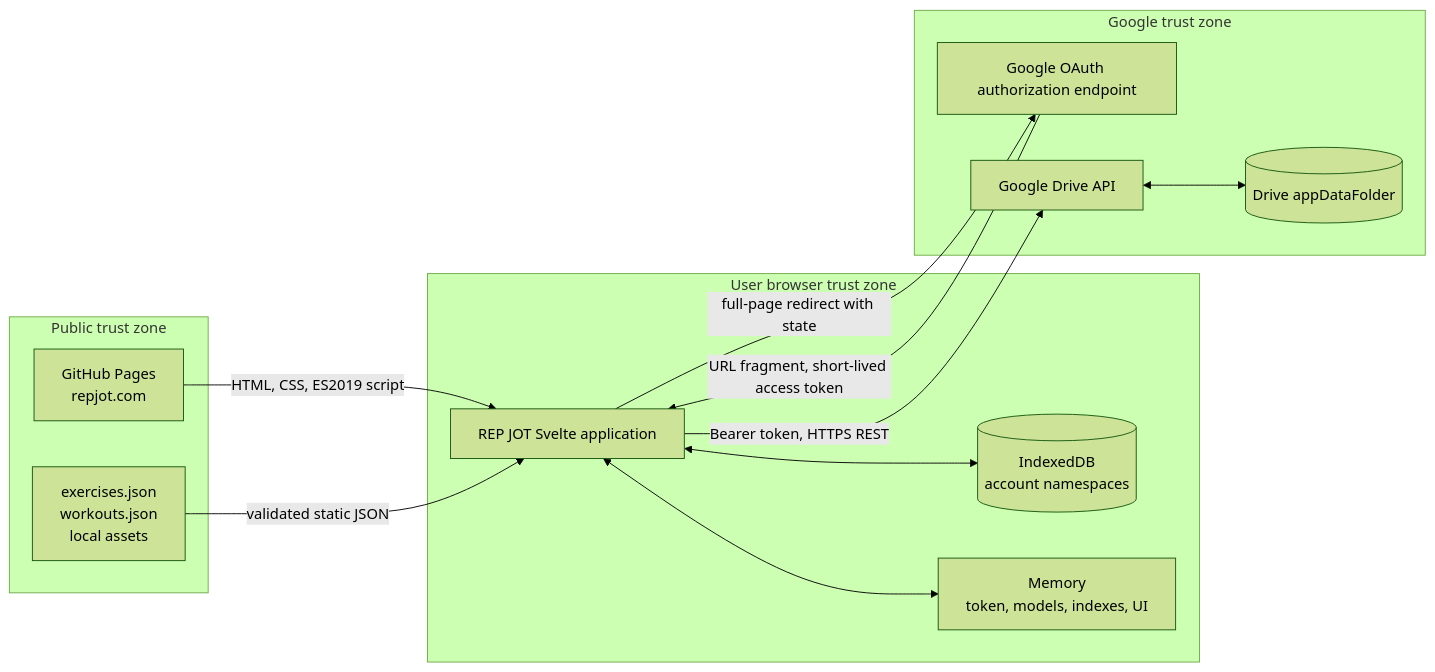
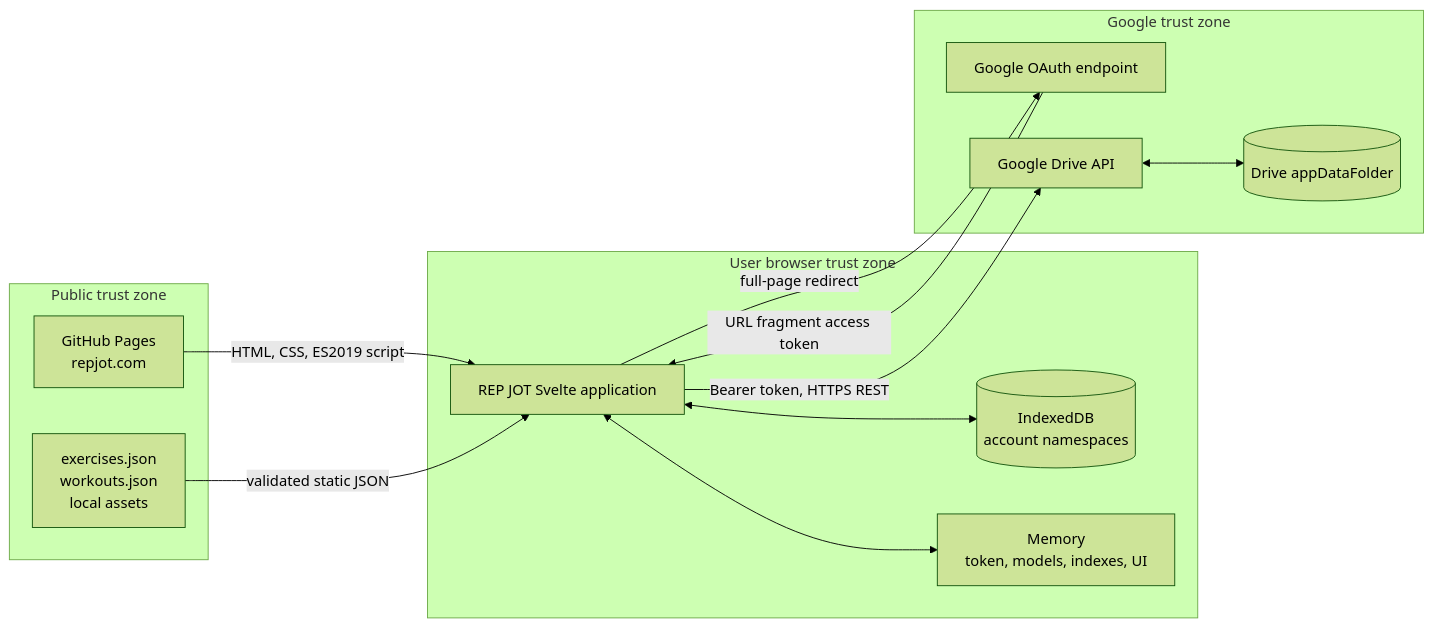
Before and after one commit to Pettibyte/RepJot: the first of 2 diagrams in docs/ARCHITECTURE.md, drawn with Mermaid (forest theme). The commit also changed other lines of this file and 12 other files, not shown here.

````diff
--- a/docs/ARCHITECTURE.md
+++ b/docs/ARCHITECTURE.md
@@ -86,25 +101,25 @@
 ```mermaid
 flowchart LR
   subgraph Public[Public trust zone]
     GH[GitHub Pages\nrepjot.com]
     Static[exercises.json\nworkouts.json\nlocal assets]
   end
   subgraph Browser[User browser trust zone]
     App[REP JOT Svelte application]
     IDB[(IndexedDB\naccount namespaces)]
     Mem[Memory\ntoken, models, indexes, UI]
   end
   subgraph Google[Google trust zone]
-    OAuth[Google OAuth authorization endpoint]
+    OAuth[Google OAuth endpoint]
     API[Google Drive API]
     ADF[(Drive appDataFolder)]
   end
   GH -->|HTML, CSS, ES2019 script| App
   Static -->|validated static JSON| App
   App <--> IDB
   App <--> Mem
-  App -->|full-page redirect with state| OAuth
-  OAuth -->|URL fragment, short-lived access token| App
+  App -->|full-page redirect| OAuth
+  OAuth -->|URL fragment access token| App
   App -->|Bearer token, HTTPS REST| API
   API <--> ADF
 ```
````
